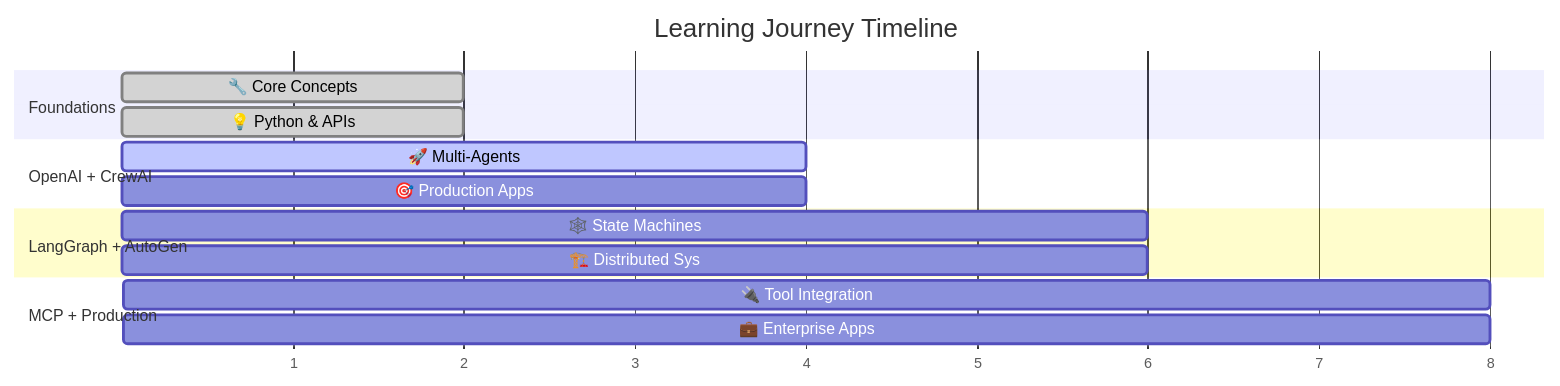
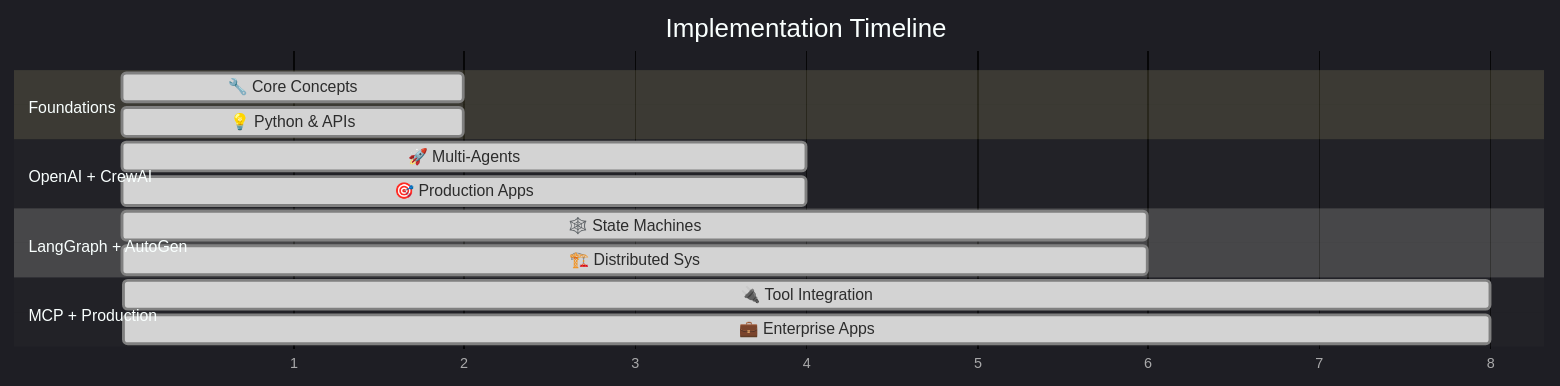
Before and after one commit to Jai-Keshav-Sharma/Agentic-AI-Frameworks: the third of 5 diagrams in README.md, drawn with Mermaid. The commit also changed other lines of this file, not shown here.

````diff
--- a/README.md
+++ b/README.md
@@ -216,22 +183,23 @@
 ```mermaid
+%%{init: {'theme':'dark', 'themeVariables': {'primaryColor': '#ffffff', 'primaryTextColor': '#ffffff', 'primaryBorderColor': '#7C3AED', 'lineColor': '#ffffff', 'sectionBkColor': '#1a1a1a', 'altSectionBkColor': '#262626', 'gridColor': '#333333', 'secondaryColor': '#1a1a1a', 'tertiaryColor': '#333333'}}}%%
 gantt
-    title Learning Journey Timeline
+    title Implementation Timeline
     dateFormat  X
     axisFormat %s
     
     section Foundations
     🔧 Core Concepts    :done, foundations1, 1, 2
     💡 Python & APIs   :done, foundations2, 1, 2
     
     section OpenAI + CrewAI
-    🚀 Multi-Agents     :active, openai1, 3, 4
-    🎯 Production Apps  :openai2, 3, 4
+    🚀 Multi-Agents     :done, openai1, 3, 4
+    🎯 Production Apps  :done, openai2, 3, 4
     
     section LangGraph + AutoGen
-    🕸️ State Machines   :langgraph1, 5, 6
-    🏗️ Distributed Sys :autogen1, 5, 6
+    🕸️ State Machines   :done, langgraph1, 5, 6
+    🏗️ Distributed Sys :done, autogen1, 5, 6
     
     section MCP + Production
-    🔌 Tool Integration :mcp1, 7, 8
-    💼 Enterprise Apps  :production1, 7, 8
+    🔌 Tool Integration :done, mcp1, 7, 8
+    💼 Enterprise Apps  :done, production1, 7, 8
 ```
````
